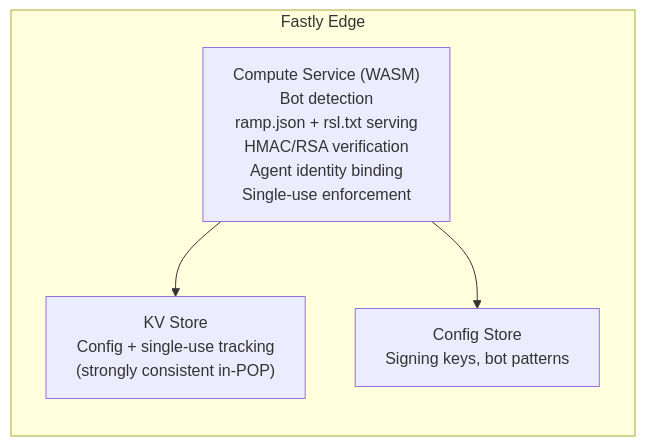
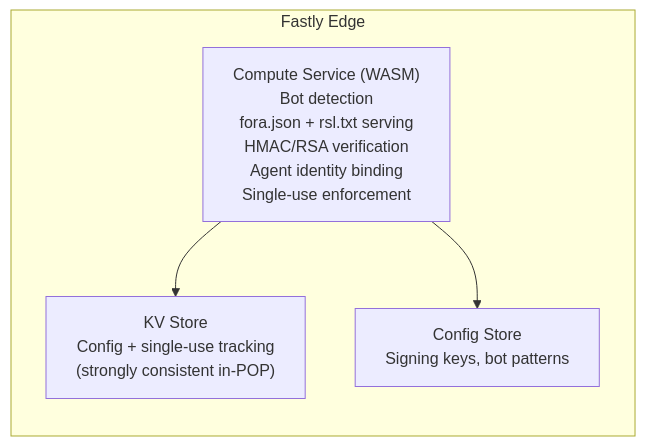
The fourth of 4 diagrams in website/src/content/docs/components/edge-function/cdn-adapters.mdx (FORA-Protocol/protocol), drawn with Mermaid before and after one commit. The commit also changed other lines of this file and 529 other files, not shown here.

First line of the commit message:
Rename the protocol from RAMP to FORA

````diff
--- a/website/src/content/docs/components/edge-function/cdn-adapters.mdx
+++ b/website/src/content/docs/components/edge-function/cdn-adapters.mdx
@@ -307,11 +307,11 @@
 ```mermaid
 graph LR
     subgraph "Fastly Edge"
-        COMPUTE["Compute Service (WASM)<br/>Bot detection<br/>ramp.json + rsl.txt serving<br/>HMAC/RSA verification<br/>Agent identity binding<br/>Single-use enforcement"]
+        COMPUTE["Compute Service (WASM)<br/>Bot detection<br/>fora.json + rsl.txt serving<br/>HMAC/RSA verification<br/>Agent identity binding<br/>Single-use enforcement"]
         KV_STORE["KV Store<br/>Config + single-use tracking<br/>(strongly consistent in-POP)"]
         CONFIG_STORE["Config Store<br/>Signing keys, bot patterns"]
     end
 
     COMPUTE --> KV_STORE
     COMPUTE --> CONFIG_STORE
 ```
````
